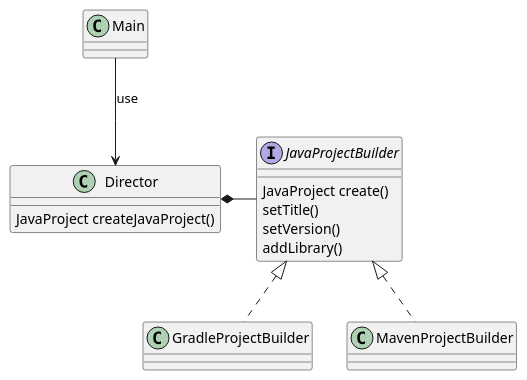
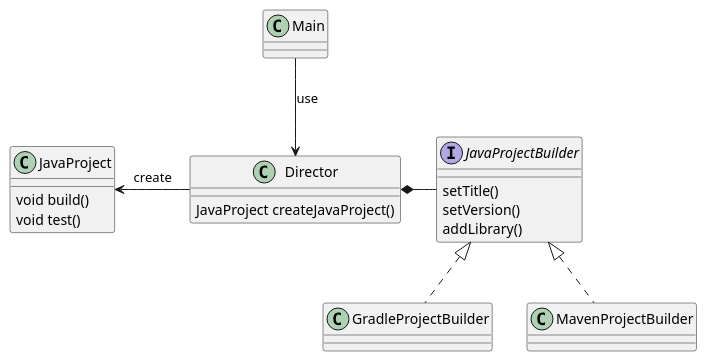
One commit to koko-u/study-design-pattern changed the third of 3 diagrams in builder-pattern/Readme.md. Above: the diagram before and after it, drawn with PlantUML.

Commit message:
最後の例に JavaProject クラスを追記する

````diff
--- a/builder-pattern/Readme.md
+++ b/builder-pattern/Readme.md
@@ -72,23 +72,27 @@
 ```plantuml
 @startuml
   class Main
   class Director {
     JavaProject createJavaProject()
   }
+  class JavaProject {
+    void build()
+    void test()
+  }
   Main --> Director : use
   
   interface JavaProjectBuilder {
-    JavaProject create()
     setTitle()
     setVersion()
     addLibrary()
   }
   Director *- JavaProjectBuilder
   class GradleProjectBuilder
   class MavenProjectBuilder
+  Director -left-> JavaProject : create
   
   JavaProjectBuilder <|.. GradleProjectBuilder
   JavaProjectBuilder <|.. MavenProjectBuilder
   
 @enduml
 ```
````
